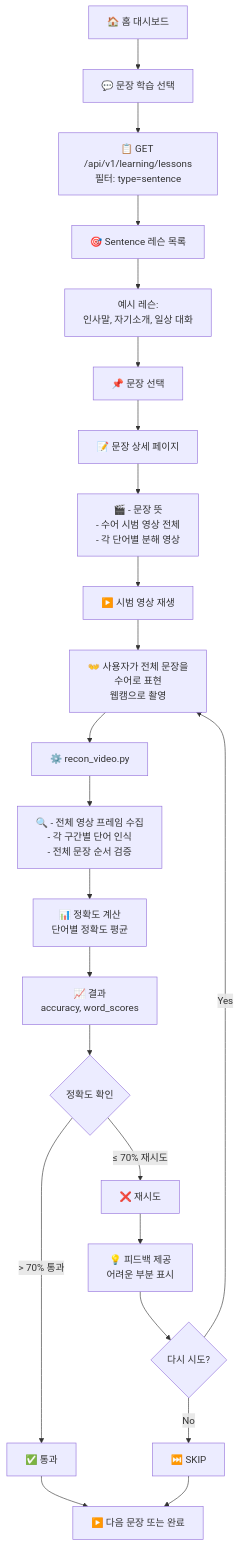
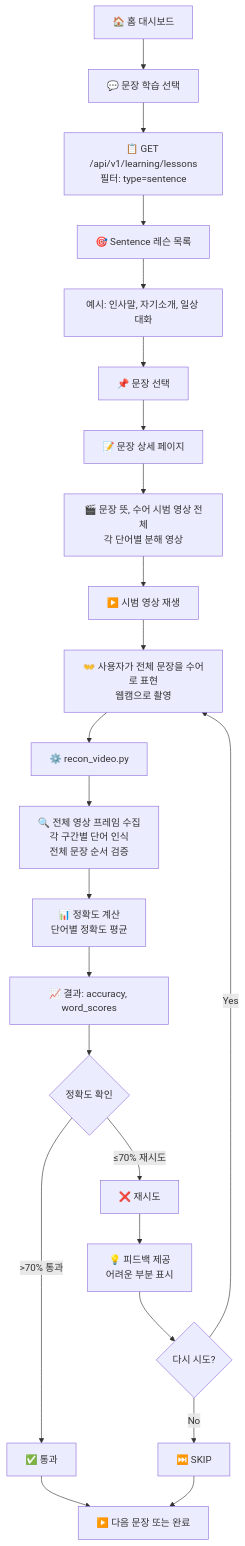
Before and after one commit to hamonia777/Real-time-sign-language-translation-service-Backend: the fifth of 15 diagrams in doc/USER_FLOW.md, drawn with Mermaid. The commit also changed other lines of this file, not shown here.

Commit message:
FIX : mermaid 코드 에러 수정

````diff
--- a/doc/USER_FLOW.md
+++ b/doc/USER_FLOW.md
@@ -115,25 +122,25 @@
 ```mermaid
 graph TD
     A["🏠 홈 대시보드"] --> B["💬 문장 학습 선택"]
     B --> C["📋 GET /api/v1/learning/lessons<br/>필터: type=sentence"]
     C --> D["🎯 Sentence 레슨 목록"]
-    D --> E["예시 레슨:<br/>인사말, 자기소개, 일상 대화"]
+    D --> E["예시: 인사말, 자기소개, 일상 대화"]
     E --> F["📌 문장 선택"]
     F --> G["📝 문장 상세 페이지"]
-    G --> H["🎬 - 문장 뜻<br/>- 수어 시범 영상 전체<br/>- 각 단어별 분해 영상"]
+    G --> H["🎬 문장 뜻, 수어 시범 영상 전체<br/>각 단어별 분해 영상"]
     H --> I["▶️ 시범 영상 재생"]
-    I --> J["👐 사용자가 전체 문장을<br/>수어로 표현<br/>웹캠으로 촬영"]
+    I --> J["👐 사용자가 전체 문장을 수어로 표현<br/>웹캠으로 촬영"]
     J --> K["⚙️ recon_video.py"]
-    K --> L["🔍 - 전체 영상 프레임 수집<br/>- 각 구간별 단어 인식<br/>- 전체 문장 순서 검증"]
+    K --> L["🔍 전체 영상 프레임 수집<br/>각 구간별 단어 인식<br/>전체 문장 순서 검증"]
     L --> M["📊 정확도 계산<br/>단어별 정확도 평균"]
-    M --> N["📈 결과<br/>accuracy, word_scores"]
+    M --> N["📈 결과: accuracy, word_scores"]
     N --> O{정확도 확인}
-    O -->|> 70% 통과| P["✅ 통과"]
-    O -->|≤ 70% 재시도| Q["❌ 재시도"]
+    O -->|>70% 통과| P["✅ 통과"]
+    O -->|≤70% 재시도| Q["❌ 재시도"]
     Q --> R["💡 피드백 제공<br/>어려운 부분 표시"]
     R --> S{다시 시도?}
     S -->|Yes| J
     S -->|No| T["⏭️ SKIP"]
     P --> U["▶️ 다음 문장 또는 완료"]
     T --> U
 ```
````
